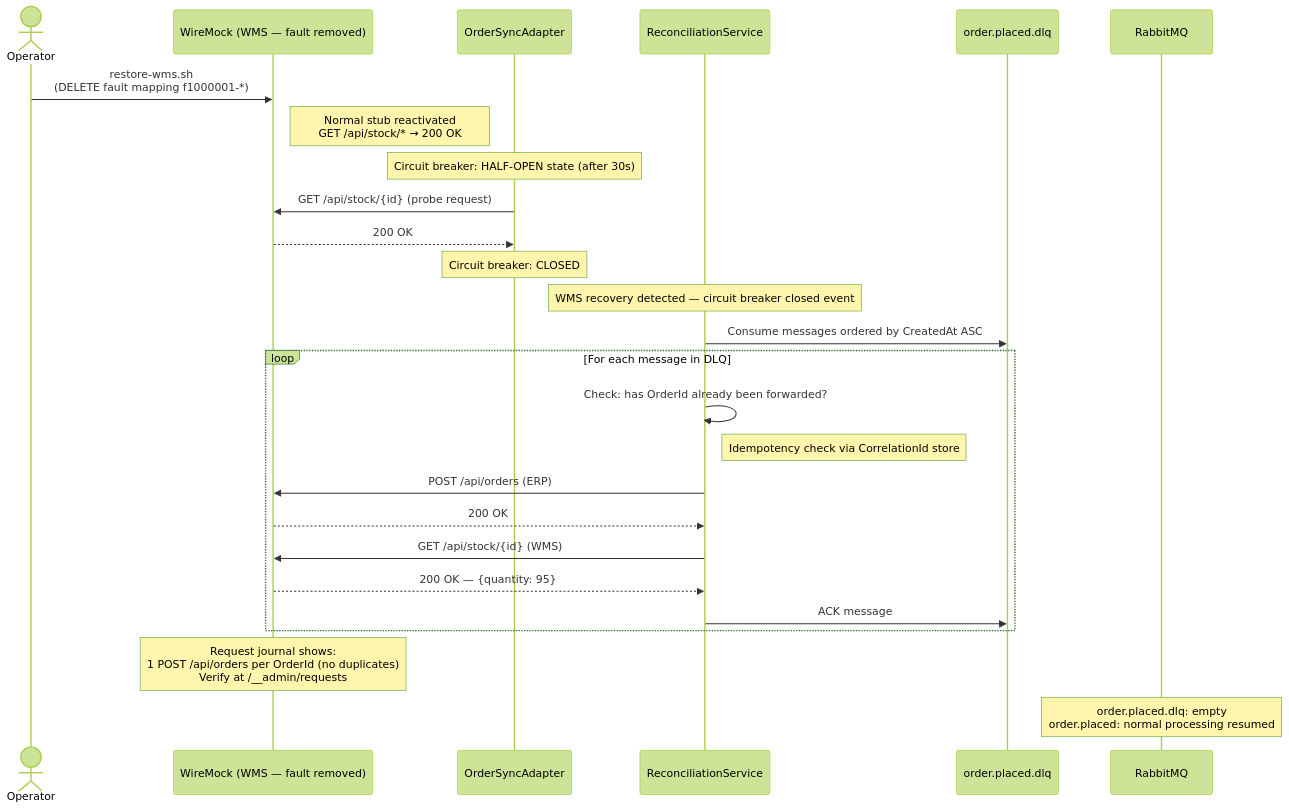
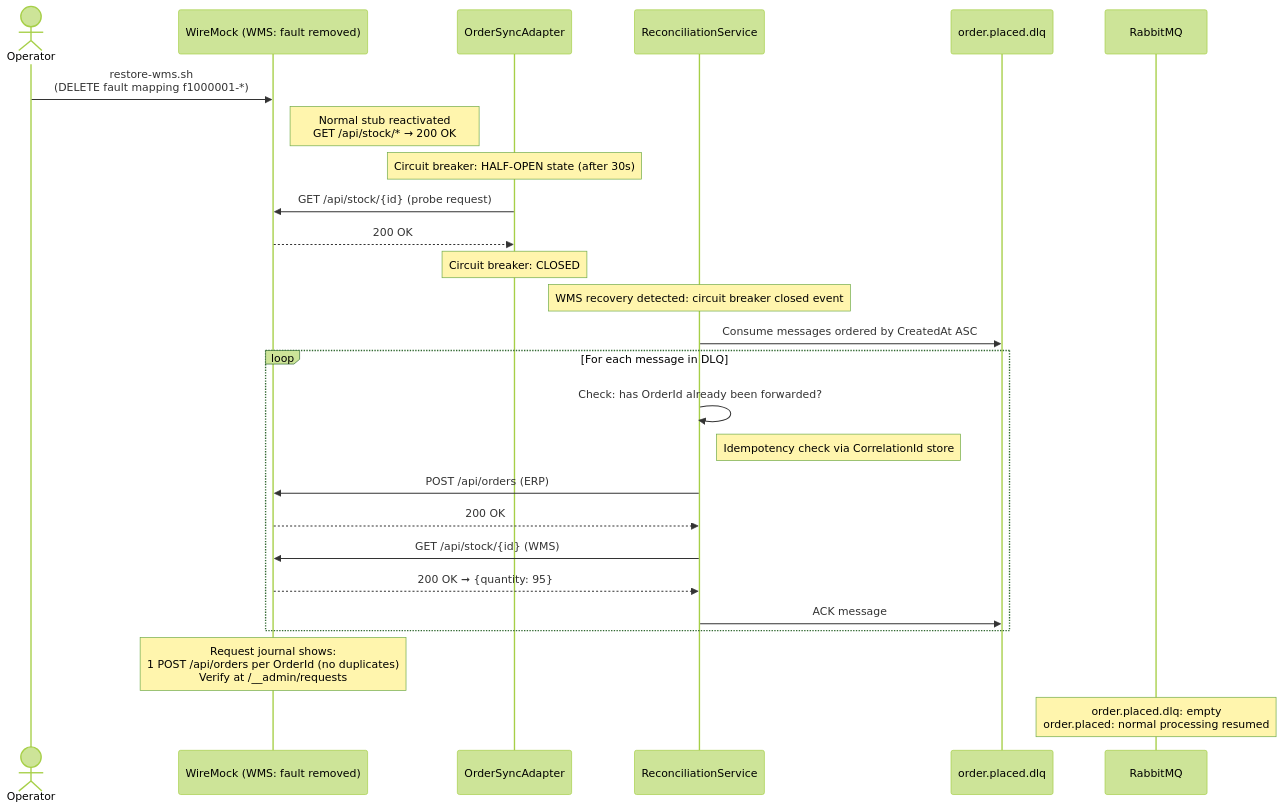
The third of 3 diagrams in docs/runtime-interaction-diagrams.md (Assignment2-AS/nopCommerce-Omnichannel-Core), drawn with Mermaid (forest theme) before and after one commit. The commit also changed other lines of this file and 4 other files, not shown here.

Commit message:
docs: add runtime interaction diagram PNG exports and update README

````diff
--- a/docs/runtime-interaction-diagrams.md
+++ b/docs/runtime-interaction-diagrams.md
@@ -100,33 +108,33 @@
 ```mermaid
 sequenceDiagram
     actor Operator
-    participant WireMock as WireMock (WMS — fault removed)
+    participant WireMock as WireMock (WMS: fault removed)
     participant OrderSync as OrderSyncAdapter
     participant RecSvc as ReconciliationService
     participant DLQ as order.placed.dlq
     participant RabbitMQ
 
     Operator->>WireMock: restore-wms.sh<br/>(DELETE fault mapping f1000001-*)
     note right of WireMock: Normal stub reactivated<br/>GET /api/stock/* → 200 OK
 
     note over OrderSync: Circuit breaker: HALF-OPEN state (after 30s)
     OrderSync->>WireMock: GET /api/stock/{id} (probe request)
     WireMock-->>OrderSync: 200 OK
     note over OrderSync: Circuit breaker: CLOSED
 
-    note over RecSvc: WMS recovery detected — circuit breaker closed event
+    note over RecSvc: WMS recovery detected: circuit breaker closed event
     RecSvc->>DLQ: Consume messages ordered by CreatedAt ASC
 
     loop For each message in DLQ
         RecSvc->>RecSvc: Check: has OrderId already been forwarded?
         note right of RecSvc: Idempotency check via CorrelationId store
         RecSvc->>WireMock: POST /api/orders (ERP)
         WireMock-->>RecSvc: 200 OK
         RecSvc->>WireMock: GET /api/stock/{id} (WMS)
-        WireMock-->>RecSvc: 200 OK — {quantity: 95}
+        WireMock-->>RecSvc: 200 OK ➞ {quantity: 95}
         RecSvc->>DLQ: ACK message
     end
 
     note over WireMock: Request journal shows:<br/>1 POST /api/orders per OrderId (no duplicates)<br/>Verify at /__admin/requests
     note over RabbitMQ: order.placed.dlq: empty<br/>order.placed: normal processing resumed
 ```
````
